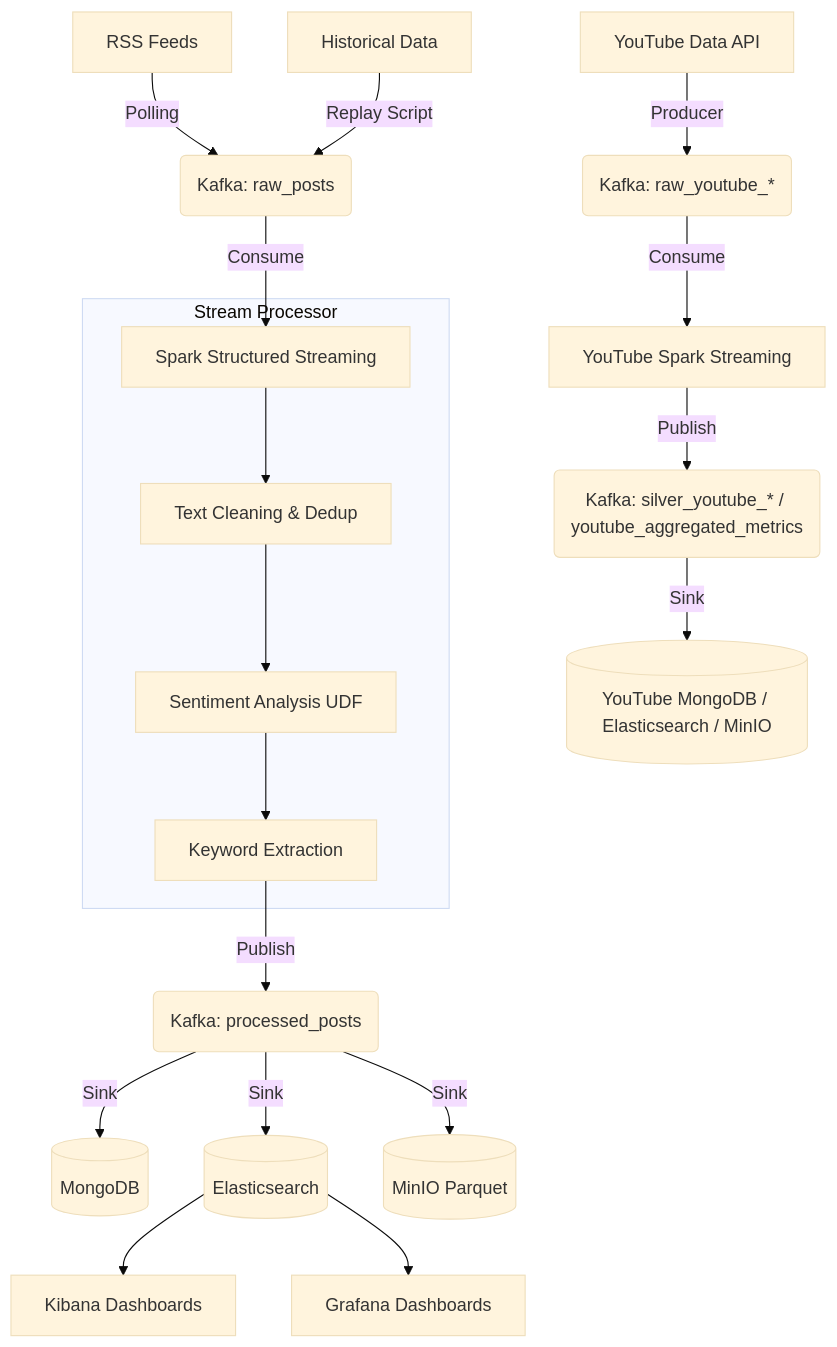
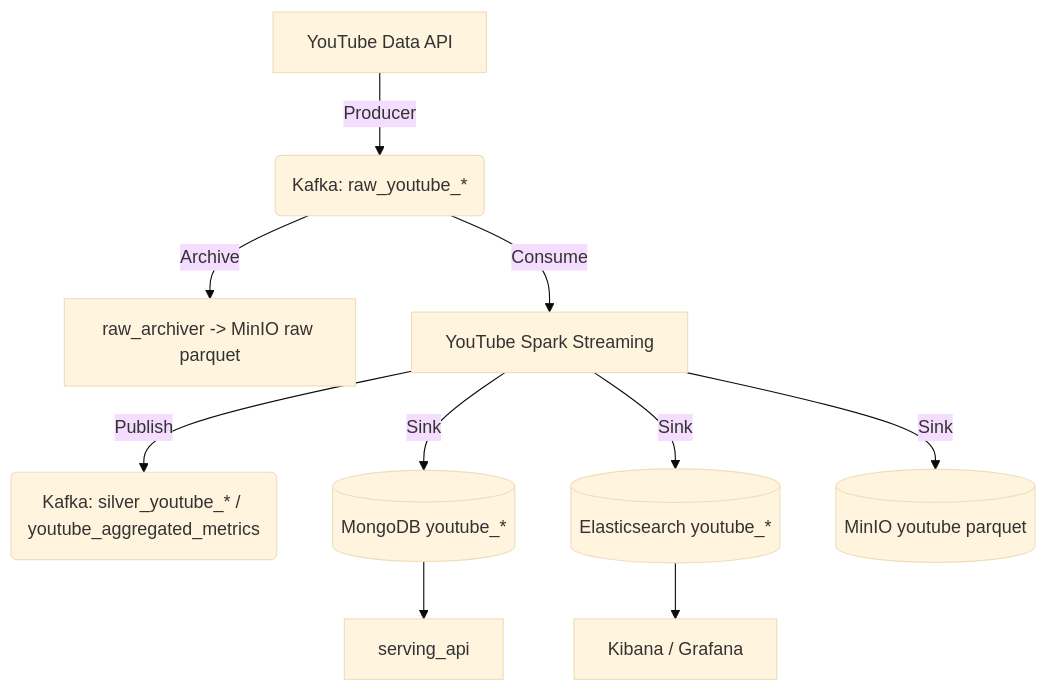
Before and after one commit to nguyenminh37/social-media-analytics-pipeline: the diagram in docs/architecture.md, drawn with Mermaid (base theme). The commit also changed other lines of this file and 57 other files, not shown here.

````diff
--- a/docs/architecture.md
+++ b/docs/architecture.md
@@ -10,26 +7,12 @@
 ```mermaid
 graph TD
-    A1[RSS Feeds] -->|Polling| C(Kafka: raw_posts)
-    A2[Historical Data] -->|Replay Script| C
-    A3[YouTube Data API] -->|Producer| Y1(Kafka: raw_youtube_*)
-    
-    C -->|Consume| D[Spark Structured Streaming]
+    Y0[YouTube Data API] -->|Producer| Y1(Kafka: raw_youtube_*)
+    Y1 -->|Archive| A[raw_archiver -> MinIO raw parquet]
     Y1 -->|Consume| Y2[YouTube Spark Streaming]
-    
-    subgraph Stream Processing [Stream Processor]
-    D --> E[Text Cleaning & Dedup]
-    E --> F[Sentiment Analysis UDF]
-    F --> G[Keyword Extraction]
-    end
-    
-    G -->|Publish| H(Kafka: processed_posts)
     Y2 -->|Publish| Y3(Kafka: silver_youtube_* / youtube_aggregated_metrics)
-    
-    H -->|Sink| I[(MongoDB)]
-    H -->|Sink| J[(Elasticsearch)]
-    H -->|Sink| K[(MinIO Parquet)]
-    Y3 -->|Sink| Y4[(YouTube MongoDB / Elasticsearch / MinIO)]
-    
-    J --> L[Kibana Dashboards]
-    J --> M[Grafana Dashboards]
+    Y2 -->|Sink| M[(MongoDB youtube_*)]
+    Y2 -->|Sink| E[(Elasticsearch youtube_*)]
+    Y2 -->|Sink| P[(MinIO youtube parquet)]
+    M --> S[serving_api]
+    E --> K[Kibana / Grafana]
 ```
````
